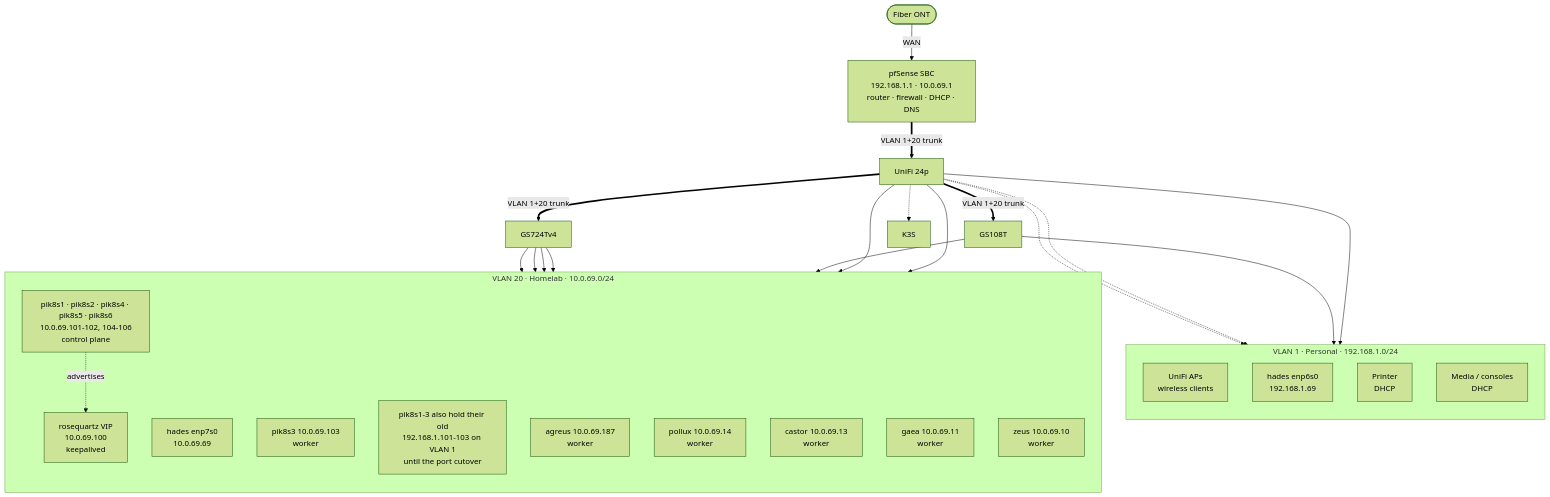
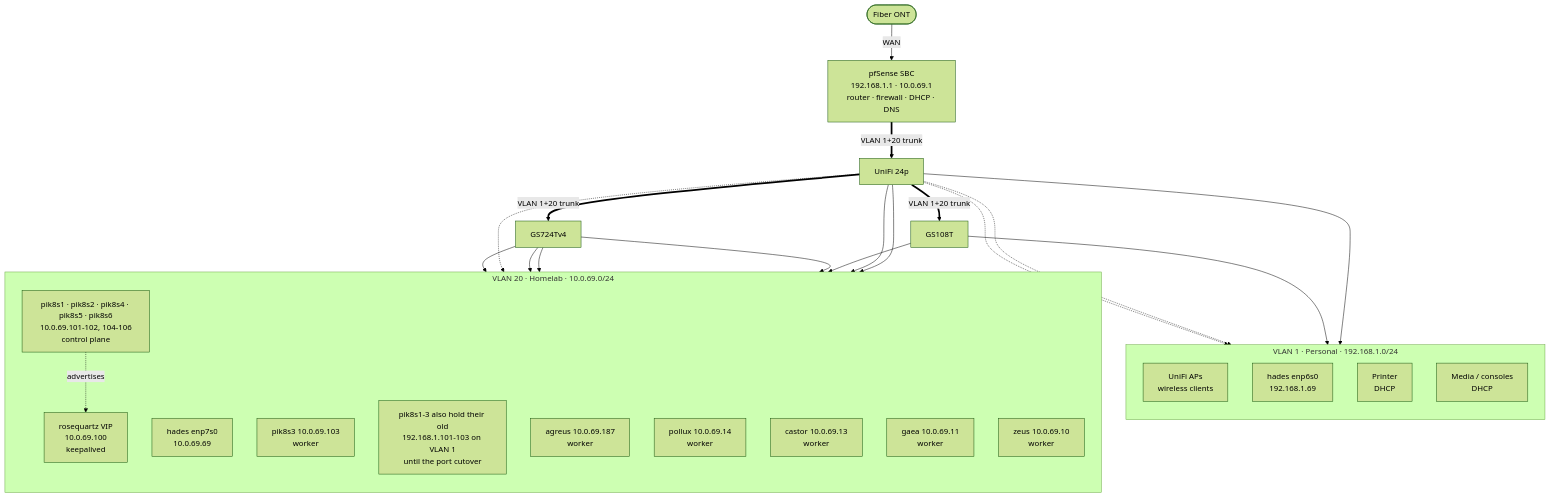
One commit to UnstoppableMango/nixos changed the diagram in NETWORK.md. Above: the diagram before and after it, drawn with Mermaid (forest theme).

Commit message:
docs(network): point dangling diagram edge at pik8s3
The K3S node was replaced by the CP/PIW nodes, leaving `U24 -.-> K3S`
referencing an undefined node. pik8s3 is the unverified attachment.

````diff
--- a/NETWORK.md
+++ b/NETWORK.md
@@ -17,52 +17,52 @@
 ```mermaid
 flowchart TB
   ONT(["Fiber ONT"])
   FW["pfSense SBC<br/>192.168.1.1 · 10.0.69.1<br/>router · firewall · DHCP · DNS"]
 
   ONT -->|WAN| FW
 
   U24["UniFi 24p"]
   GS108["GS108T"]
   GS724["GS724Tv4"]
 
   FW ==>|"VLAN 1+20 trunk"| U24
   U24 ==>|"VLAN 1+20 trunk"| GS108
   U24 ==>|"VLAN 1+20 trunk"| GS724
 
   subgraph V1["VLAN 1 · Personal · 192.168.1.0/24"]
     direction TB
     AP["UniFi APs<br/>wireless clients"]
     HADES1["hades enp6s0<br/>192.168.1.69"]
     PRN["Printer<br/>DHCP"]
     MED["Media / consoles<br/>DHCP"]
   end
 
   subgraph V20["VLAN 20 · Homelab · 10.0.69.0/24"]
     direction TB
     VIP["rosequartz VIP<br/>10.0.69.100<br/>keepalived"]
     HADES2["hades enp7s0<br/>10.0.69.69"]
     CP["pik8s1 · pik8s2 · pik8s4 · pik8s5 · pik8s6<br/>10.0.69.101-102, 104-106<br/>control plane"]
     PIW["pik8s3 10.0.69.103<br/>worker"]
     NOTE["pik8s1-3 also hold their old<br/>192.168.1.101-103 on VLAN 1<br/>until the port cutover"]
     AGREUS["agreus 10.0.69.187<br/>worker"]
     POLLUX["pollux 10.0.69.14<br/>worker"]
     CASTOR["castor 10.0.69.13<br/>worker"]
     GAEA["gaea 10.0.69.11<br/>worker"]
     ZEUS["zeus 10.0.69.10<br/>worker"]
   end
 
   U24 --> AP
   U24 --> CP
   U24 --> AGREUS
   GS108 --> HADES1
   GS108 --> HADES2
   GS724 --> ZEUS
   GS724 --> GAEA
   GS724 --> CASTOR
-  U24 -.-> K3S
+  U24 -.-> PIW
   U24 -.-> PRN
   U24 -.-> MED
   GS724 --> POLLUX
 
   CP -.->|advertises| VIP
 ```
````
